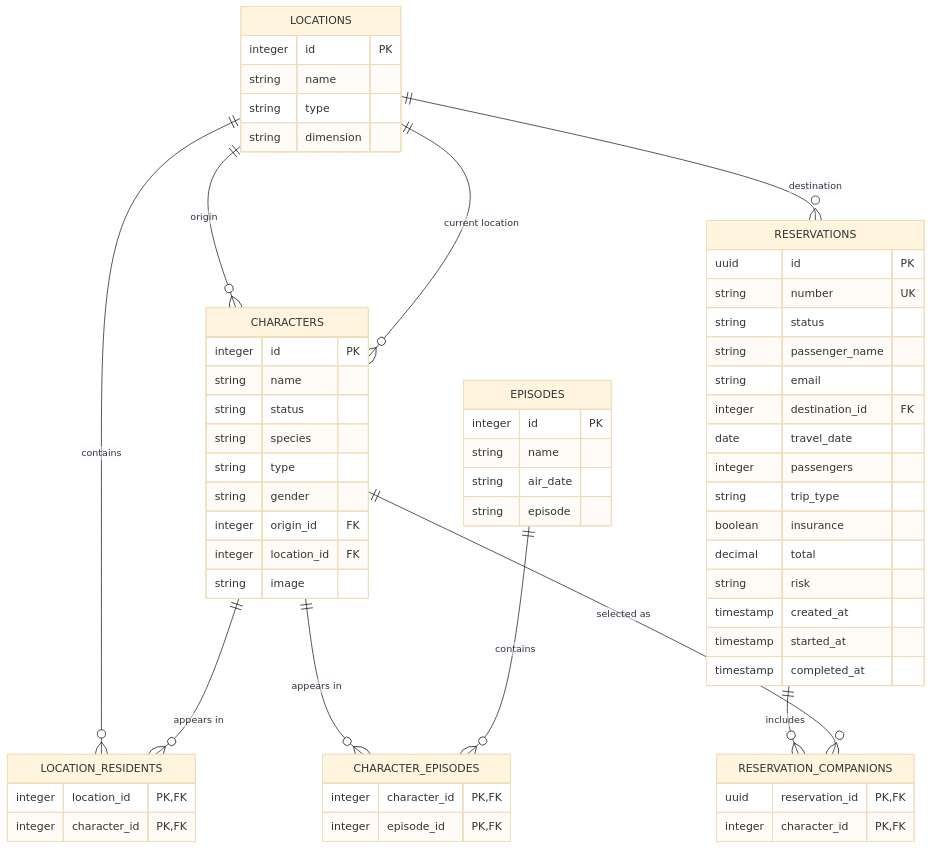
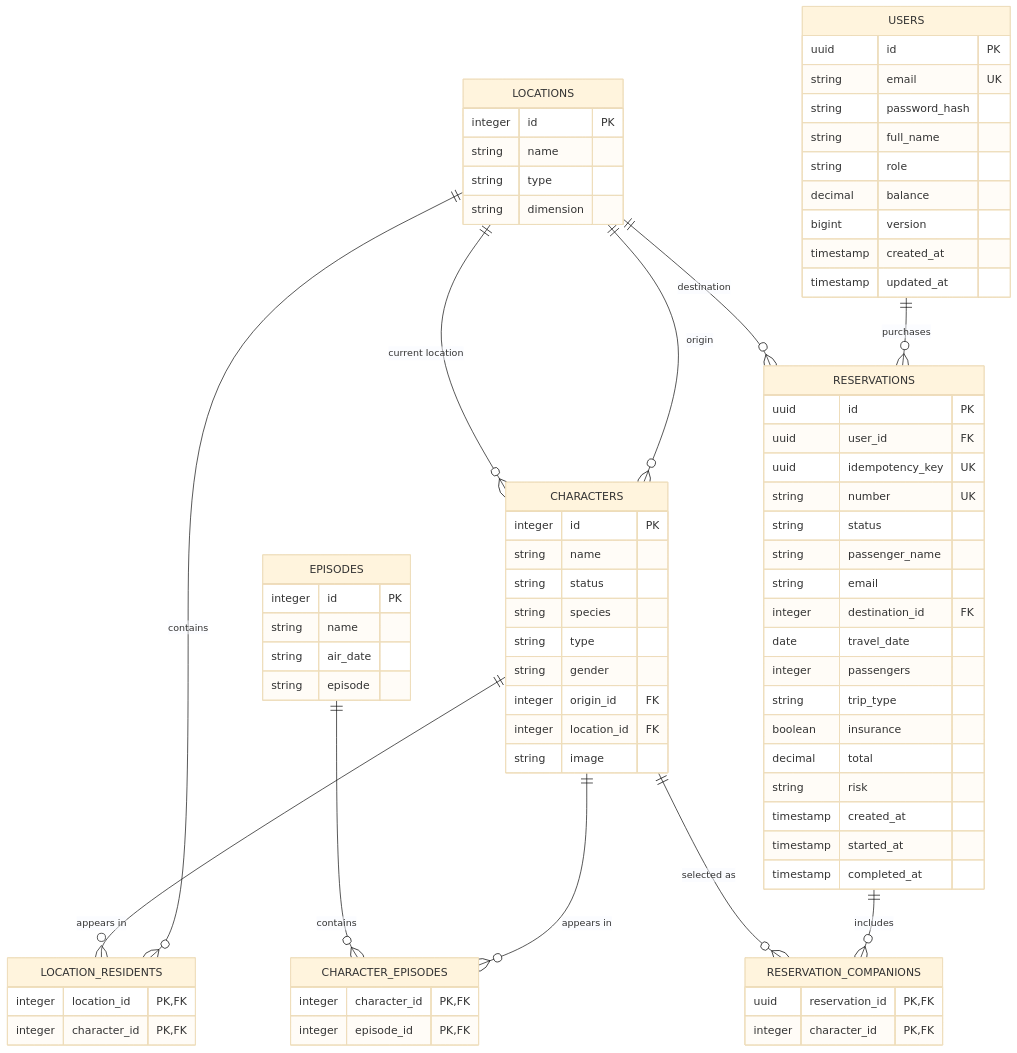
Before and after one commit to Prgm-code/portaltrip: the second of 3 diagrams in README.md, drawn with Mermaid (base theme). The commit also changed other lines of this file and 77 other files, not shown here.

```diff
--- a/README.md
+++ b/README.md
@@ -125,9 +150,22 @@
     CHARACTERS ||--o{ LOCATION_RESIDENTS : "appears in"
     CHARACTERS ||--o{ CHARACTER_EPISODES : "appears in"
     EPISODES ||--o{ CHARACTER_EPISODES : "contains"
+    USERS ||--o{ RESERVATIONS : "purchases"
     LOCATIONS ||--o{ RESERVATIONS : "destination"
     RESERVATIONS ||--o{ RESERVATION_COMPANIONS : "includes"
     CHARACTERS ||--o{ RESERVATION_COMPANIONS : "selected as"
+
+    USERS {
+        uuid id PK
+        string email UK
+        string password_hash
+        string full_name
+        string role
+        decimal balance
+        bigint version
+        timestamp created_at
+        timestamp updated_at
+    }
 
     LOCATIONS {
         integer id PK
@@ -167,6 +205,8 @@
 
     RESERVATIONS {
         uuid id PK
+        uuid user_id FK
+        uuid idempotency_key UK
         string number UK
         string status
         string passenger_name
```
